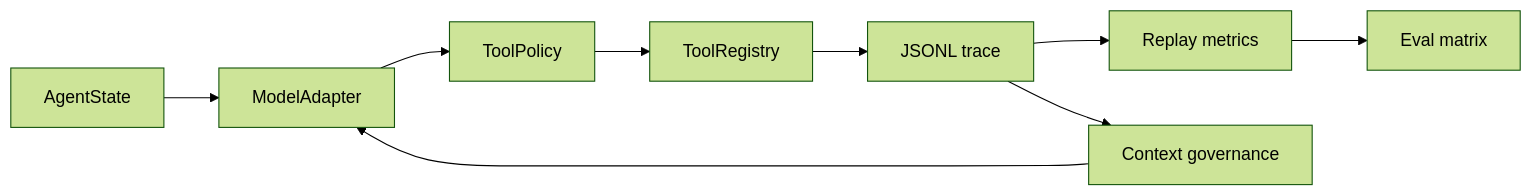
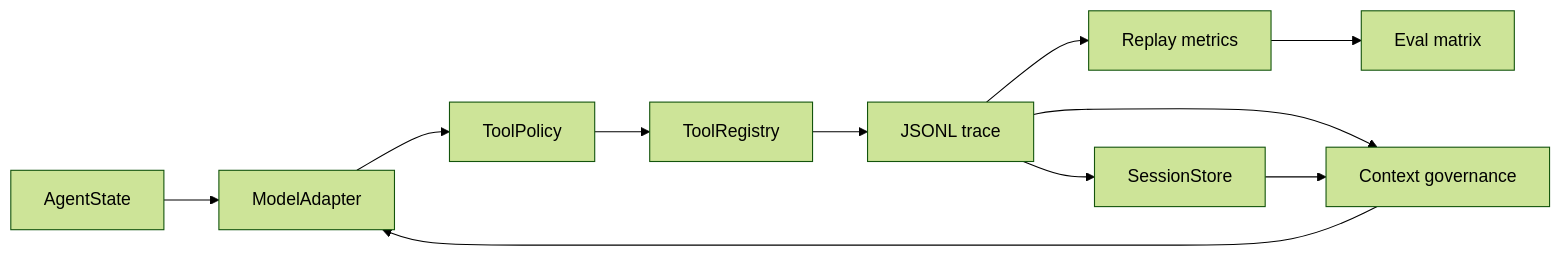
Before and after one commit to LKRCharon/Harness-Coder: the diagram in docs/showcase.md, drawn with Mermaid (forest theme). The commit also changed other lines of this file and 24 other files, not shown here.

````diff
--- a/docs/showcase.md
+++ b/docs/showcase.md
@@ -73,11 +97,13 @@
 ```mermaid
 flowchart LR
     State["AgentState"] --> Model["ModelAdapter"]
     Model --> Policy["ToolPolicy"]
     Policy --> Tools["ToolRegistry"]
     Tools --> Trace["JSONL trace"]
     Trace --> Replay["Replay metrics"]
     Replay --> Matrix["Eval matrix"]
     Trace --> Context["Context governance"]
     Context --> Model
+    Session["SessionStore"] --> Context
+    Trace --> Session
 ```
````
